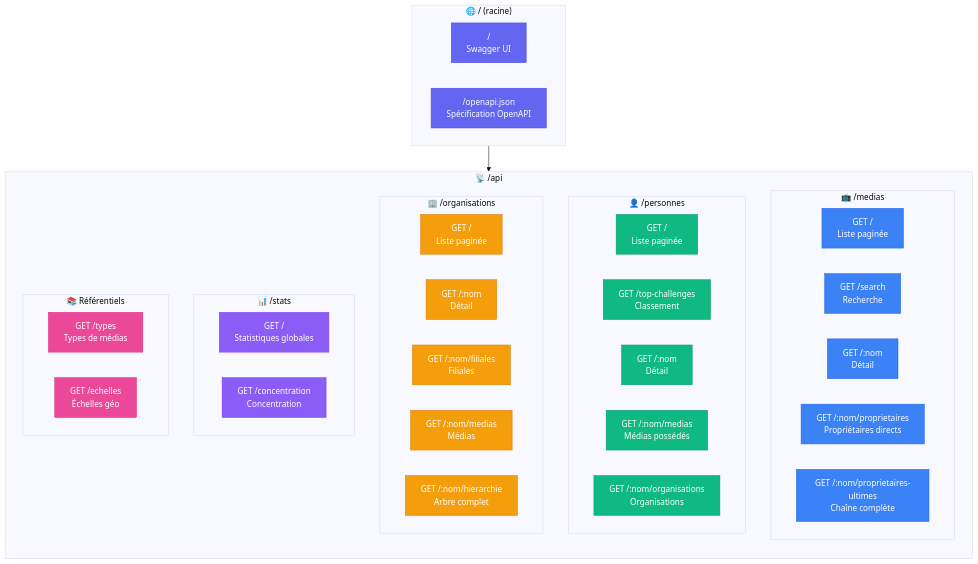
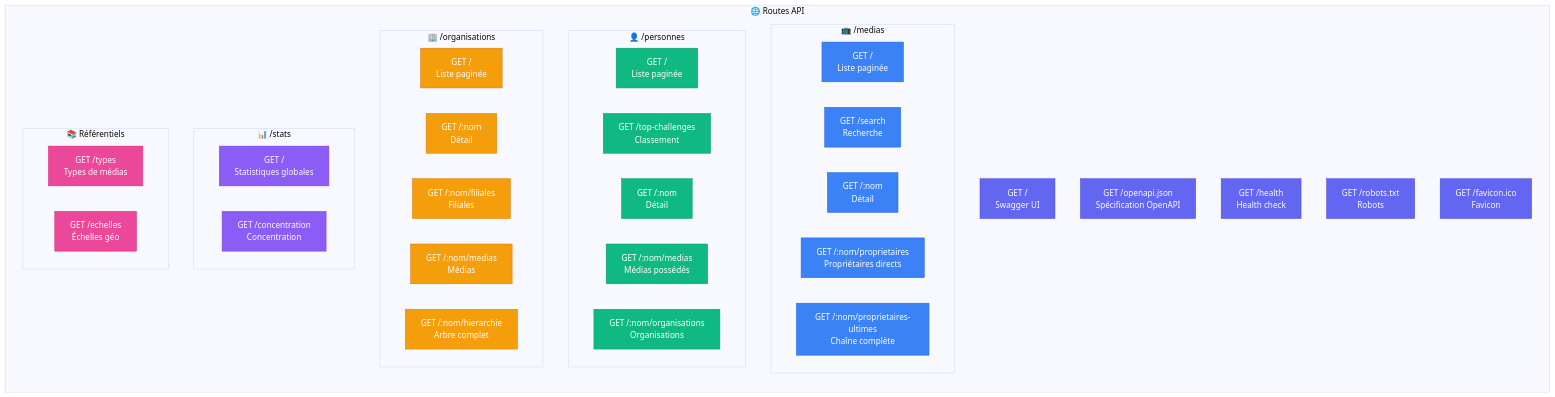
One commit to cedric-famibelle-pronzola/medias-francais-api changed the fifth of 14 diagrams in docs/diagrams.md. Above: the diagram before and after it, drawn with Mermaid (base theme). The commit also changed other lines of this file, not shown here.

Commit message:
docs: improve & fix diagrams

````diff
--- a/docs/diagrams.md
+++ b/docs/diagrams.md
@@ -261,69 +271,71 @@
 ```mermaid
 flowchart TB
-    subgraph Root["🌐 / (racine)"]
-        DOCS["/<br/>Swagger UI"]
-        SPEC["/openapi.json<br/>Spécification OpenAPI"]
-    end
+    subgraph Root["🌐 Routes API"]
+        direction TB
 
-    subgraph API["📡 /api"]
-        direction TB
+        DOCS["GET /<br/>Swagger UI"]
+        SPEC["GET /openapi.json<br/>Spécification OpenAPI"]
+        HEALTH["GET /health<br/>Health check"]
+        ROBOTS["GET /robots.txt<br/>Robots"]
+        FAVICON["GET /favicon.ico<br/>Favicon"]
 
         subgraph Medias["📺 /medias"]
             M1["GET /<br/>Liste paginée"]
             M2["GET /search<br/>Recherche"]
             M3["GET /:nom<br/>Détail"]
             M4["GET /:nom/proprietaires<br/>Propriétaires directs"]
             M5["GET /:nom/proprietaires-ultimes<br/>Chaîne complète"]
         end
 
         subgraph Personnes["👤 /personnes"]
             P1["GET /<br/>Liste paginée"]
             P2["GET /top-challenges<br/>Classement"]
             P3["GET /:nom<br/>Détail"]
             P4["GET /:nom/medias<br/>Médias possédés"]
             P5["GET /:nom/organisations<br/>Organisations"]
         end
 
         subgraph Organisations["🏢 /organisations"]
             O1["GET /<br/>Liste paginée"]
             O2["GET /:nom<br/>Détail"]
             O3["GET /:nom/filiales<br/>Filiales"]
             O4["GET /:nom/medias<br/>Médias"]
             O5["GET /:nom/hierarchie<br/>Arbre complet"]
         end
 
         subgraph Stats["📊 /stats"]
             S1["GET /<br/>Statistiques globales"]
             S2["GET /concentration<br/>Concentration"]
         end
 
         subgraph Refs["📚 Référentiels"]
             R1["GET /types<br/>Types de médias"]
             R2["GET /echelles<br/>Échelles géo"]
         end
     end
 
-    Root --> API
-
     style DOCS fill:#6366f1,stroke:#4f46e5,color:#fff
     style SPEC fill:#6366f1,stroke:#4f46e5,color:#fff
+    style HEALTH fill:#6366f1,stroke:#4f46e5,color:#fff
+    style ROBOTS fill:#6366f1,stroke:#4f46e5,color:#fff
+    style FAVICON fill:#6366f1,stroke:#4f46e5,color:#fff
     style M1 fill:#3b82f6,stroke:#2563eb,color:#fff
     style M2 fill:#3b82f6,stroke:#2563eb,color:#fff
     style M3 fill:#3b82f6,stroke:#2563eb,color:#fff
     style M4 fill:#3b82f6,stroke:#2563eb,color:#fff
     style M5 fill:#3b82f6,stroke:#2563eb,color:#fff
     style P1 fill:#10b981,stroke:#059669,color:#fff
     style P2 fill:#10b981,stroke:#059669,color:#fff
     style P3 fill:#10b981,stroke:#059669,color:#fff
     style P4 fill:#10b981,stroke:#059669,color:#fff
     style P5 fill:#10b981,stroke:#059669,color:#fff
     style O1 fill:#f59e0b,stroke:#d97706,color:#fff
     style O2 fill:#f59e0b,stroke:#d97706,color:#fff
     style O3 fill:#f59e0b,stroke:#d97706,color:#fff
     style O4 fill:#f59e0b,stroke:#d97706,color:#fff
     style O5 fill:#f59e0b,stroke:#d97706,color:#fff
     style S1 fill:#8b5cf6,stroke:#7c3aed,color:#fff
     style S2 fill:#8b5cf6,stroke:#7c3aed,color:#fff
     style R1 fill:#ec4899,stroke:#db2777,color:#fff
     style R2 fill:#ec4899,stroke:#db2777,color:#fff
 ```
````
